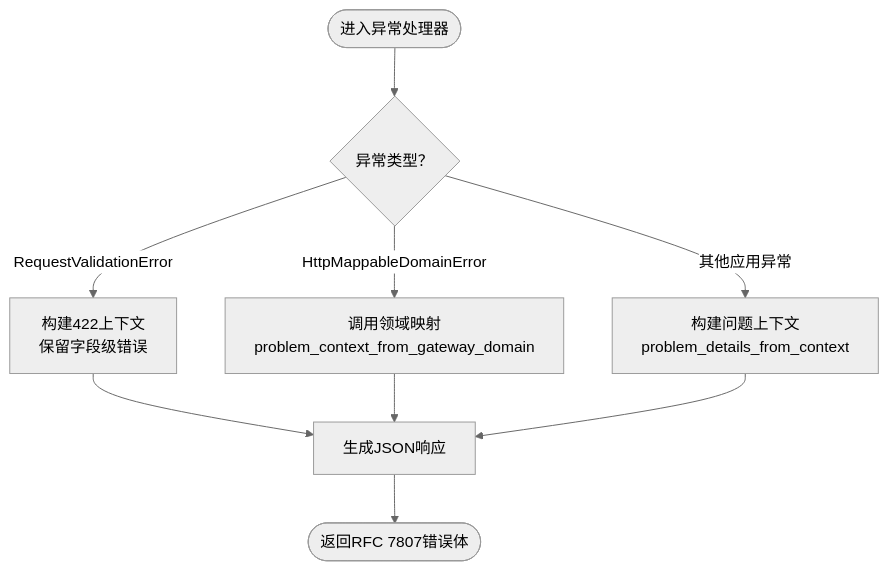
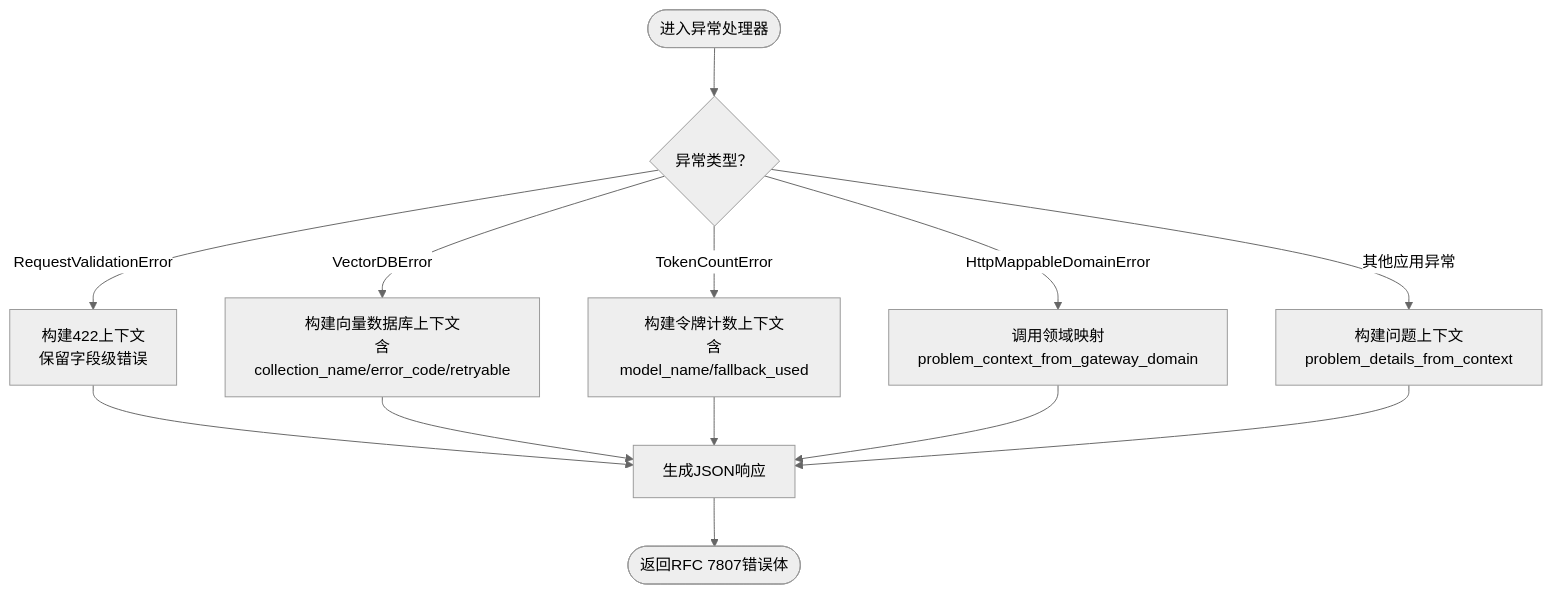
Before and after one commit to tianyehedashu/ai-agent: the fourth of 8 diagrams in .qoder/repowiki/zh/content/后端服务架构/基础设施层/异常处理机制.md, drawn with Mermaid (neutral theme). The commit also changed other lines of this file and 46 other files, not shown here.

````diff
--- a/.qoder/repowiki/zh/content/后端服务架构/基础设施层/异常处理机制.md
+++ b/.qoder/repowiki/zh/content/后端服务架构/基础设施层/异常处理机制.md
@@ -173,11 +211,15 @@
 ```mermaid
 flowchart TD
 Start(["进入异常处理器"]) --> TypeCheck{"异常类型？"}
 TypeCheck --> |RequestValidationError| V422["构建422上下文<br/>保留字段级错误"]
+TypeCheck --> |VectorDBError| VecCtx["构建向量数据库上下文<br/>含collection_name/error_code/retryable"]
+TypeCheck --> |TokenCountError| TokenCtx["构建令牌计数上下文<br/>含model_name/fallback_used"]
 TypeCheck --> |HttpMappableDomainError| DomainCtx["调用领域映射<br/>problem_context_from_gateway_domain"]
 TypeCheck --> |其他应用异常| BuildCtx["构建问题上下文<br/>problem_details_from_context"]
 V422 --> ToJSON["生成JSON响应"]
+VecCtx --> ToJSON
+TokenCtx --> ToJSON
 DomainCtx --> ToJSON
 BuildCtx --> ToJSON
 ToJSON --> End(["返回RFC 7807错误体"])
 ```
````
